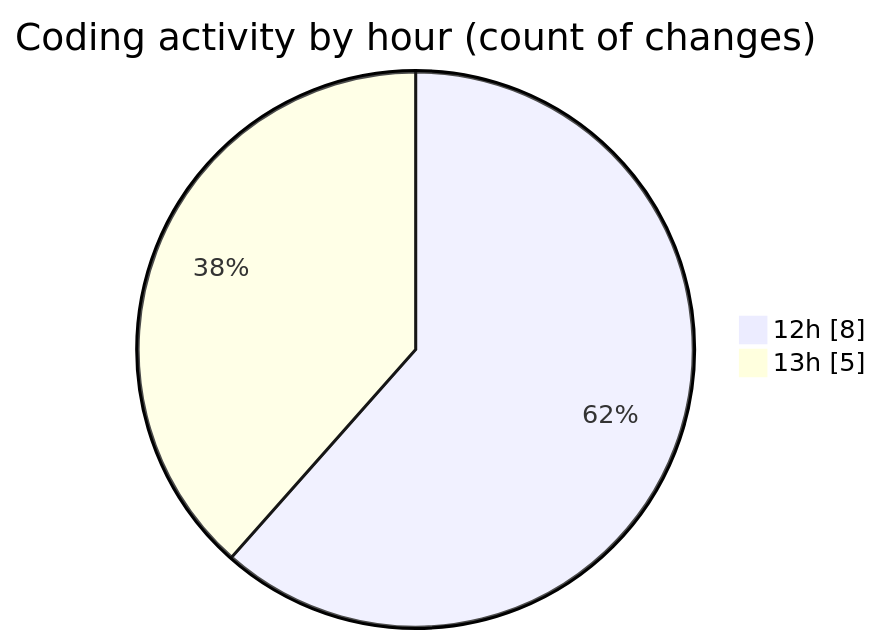
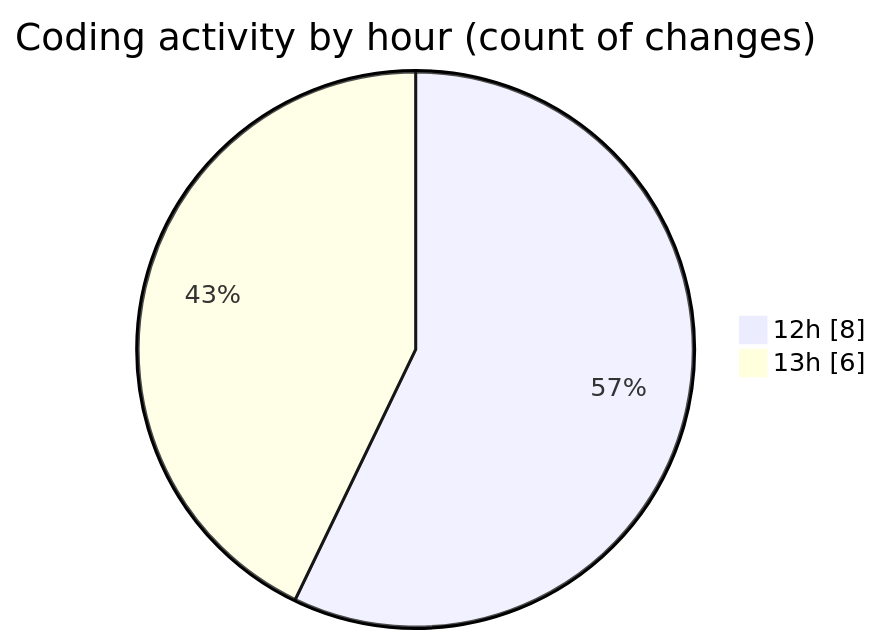
One commit to nxtqubesakshisongat/code-tracking changed the second of 2 diagrams in 2026-02-05/nxtqube_webapp/README.md. Above: the diagram before and after it, drawn with Mermaid. The commit also changed other lines of this file and 1 other file, not shown here.

````diff
--- a/2026-02-05/nxtqube_webapp/README.md
+++ b/2026-02-05/nxtqube_webapp/README.md
@@ -33,6 +34,6 @@
 ```mermaid
 pie showData
 title Coding activity by hour (count of changes)
 "12h" : 8
-"13h" : 5
+"13h" : 6
 ```
````
